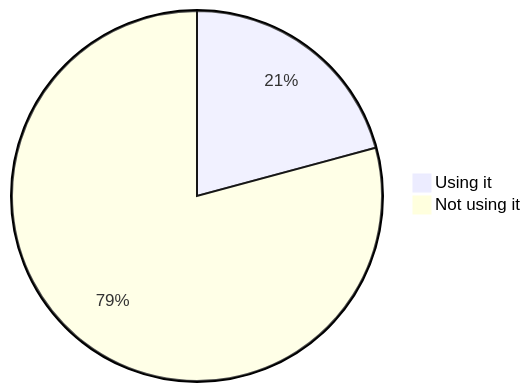
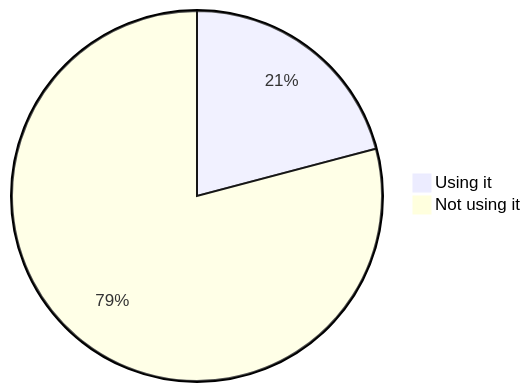
Diagram 18 of 22 in stats.md (oshp/oshp-stats), drawn with Mermaid before and after one commit. The commit also changed other lines of this file, not shown here.

````diff
--- a/stats.md
+++ b/stats.md
@@ -214,6 +214,6 @@
 ```mermaid
 pie
-	"Using it" : 20.8
-	"Not using it" : 79.2
+	"Using it" : 20.89
+	"Not using it" : 79.11
 
 ```
````
